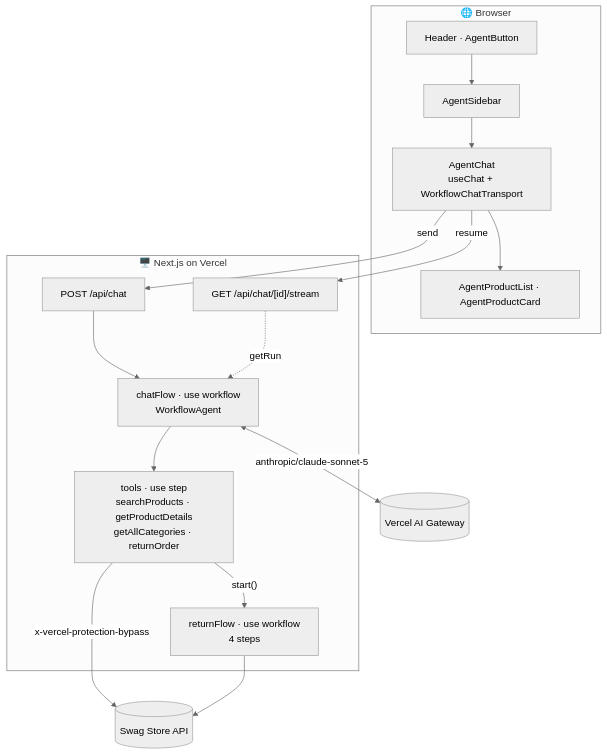
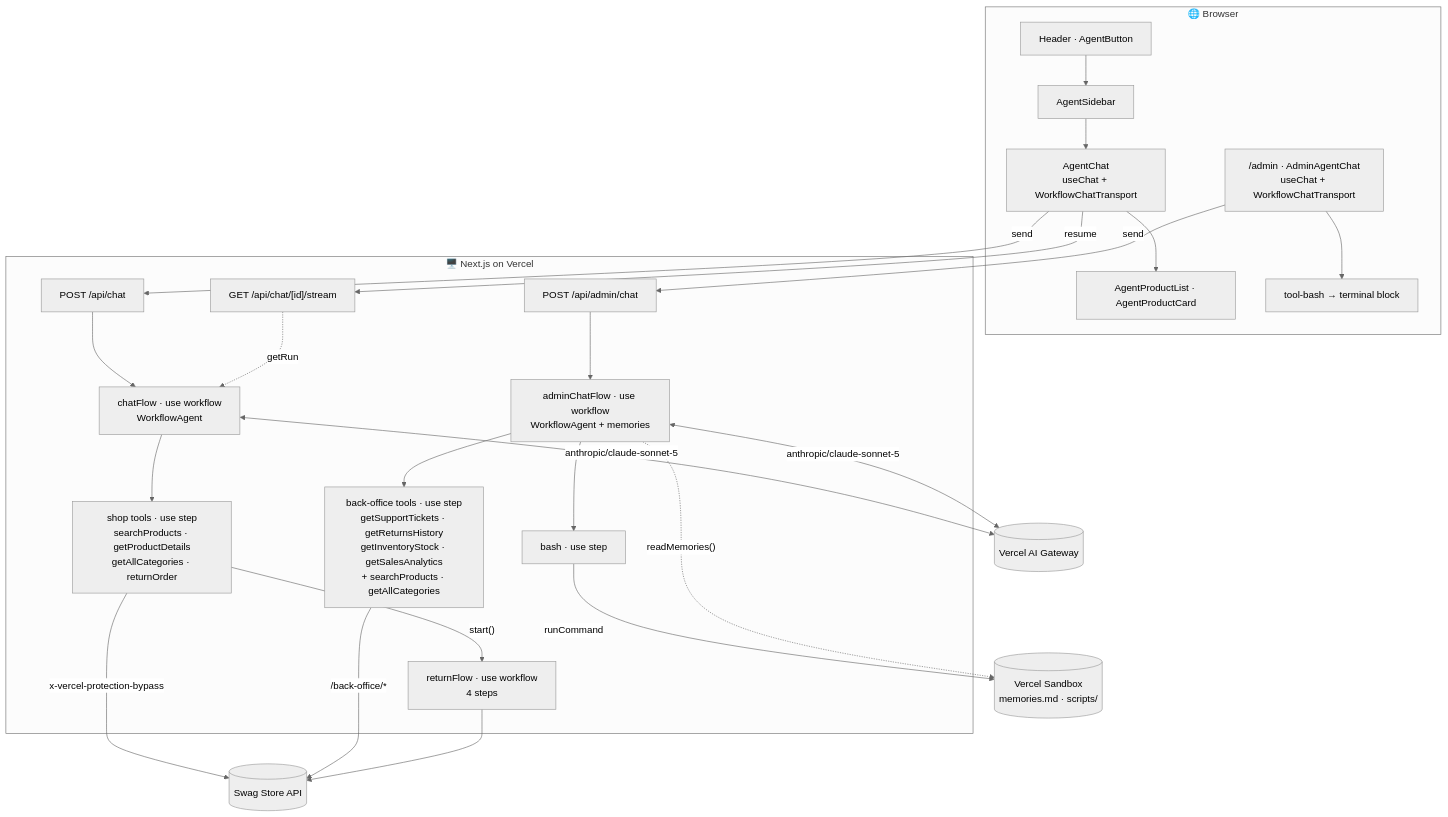
Before and after one commit to FLarra/vercel-agent-foundations-certification-flarra-2: diagram 12 of 12 in README.md, drawn with Mermaid (neutral theme). The commit also changed other lines of this file, not shown here.

````diff
--- a/README.md
+++ b/README.md
@@ -288,19 +448,28 @@
 ```mermaid
 flowchart TB
     subgraph Browser["🌐 Browser"]
         BTN["Header · AgentButton"] --> SB["AgentSidebar"]
         SB --> AC["AgentChat<br/>useChat + WorkflowChatTransport"]
         AC --> GUI["AgentProductList · AgentProductCard"]
+        ADM["/admin · AdminAgentChat<br/>useChat + WorkflowChatTransport"] --> TERM["tool-bash → terminal block"]
     end
     subgraph Server["🖥️ Next.js on Vercel"]
         POST["POST /api/chat"] --> CF["chatFlow · use workflow<br/>WorkflowAgent"]
         GET["GET /api/chat/[id]/stream"] -.->|"getRun"| CF
-        CF --> TOOLS["tools · use step<br/>searchProducts · getProductDetails<br/>getAllCategories · returnOrder"]
+        CF --> TOOLS["shop tools · use step<br/>searchProducts · getProductDetails<br/>getAllCategories · returnOrder"]
         TOOLS -->|"start()"| RF["returnFlow · use workflow<br/>4 steps"]
+        APOST["POST /api/admin/chat"] --> AF["adminChatFlow · use workflow<br/>WorkflowAgent + memories"]
+        AF --> ATOOLS["back-office tools · use step<br/>getSupportTickets · getReturnsHistory<br/>getInventoryStock · getSalesAnalytics<br/>+ searchProducts · getAllCategories"]
+        AF --> BASH["bash · use step"]
     end
     AC -->|"send"| POST
     AC -->|"resume"| GET
+    ADM -->|"send"| APOST
     CF <-->|"anthropic/claude-sonnet-5"| GW[("Vercel AI Gateway")]
+    AF <-->|"anthropic/claude-sonnet-5"| GW
     TOOLS -->|"x-vercel-protection-bypass"| API[("Swag Store API")]
+    ATOOLS -->|"/back-office/*"| API
     RF --> API
+    BASH -->|"runCommand"| VSB[("Vercel Sandbox<br/>memories.md · scripts/")]
+    AF -.->|"readMemories()"| VSB
 ```
````
